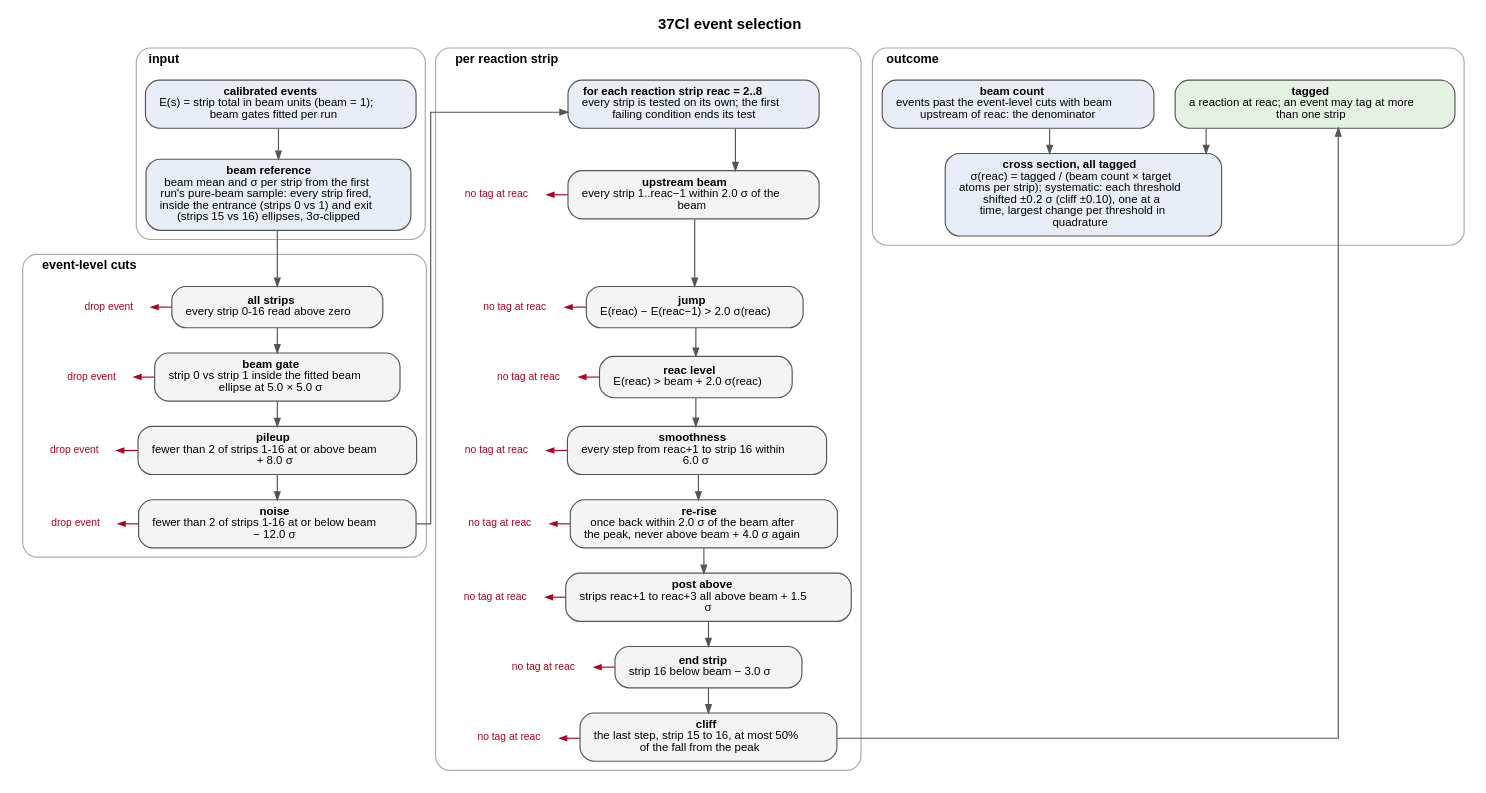
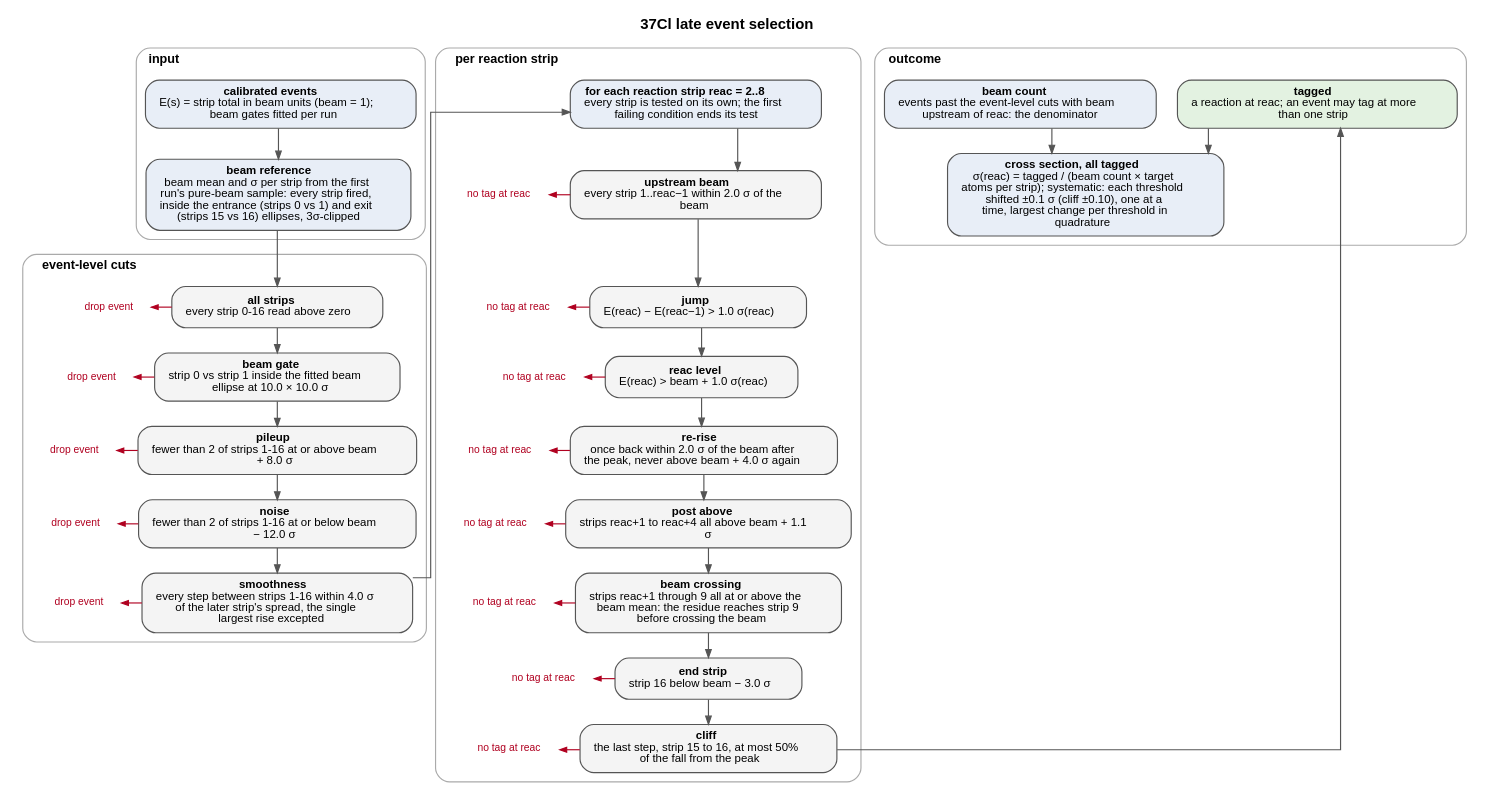
One commit to ewtodd/MUSIC changed the diagram in analysis/37Cl/plots/strip_sum_scatter/selection.dot. Above: the diagram before and after it, drawn with Graphviz. The commit also changed 27 other files, not shown here.

```diff
--- a/analysis/37Cl/plots/strip_sum_scatter/selection.dot
+++ b/analysis/37Cl/plots/strip_sum_scatter/selection.dot
@@ -1,89 +1,94 @@
 digraph selection {
-  graph [rankdir=TB, newrank=true, splines=ortho, nodesep=0.25, ranksep=0.3, fontname="Helvetica", fontsize=13, labelloc=t, label=<<B>37Cl event selection</B>>];
+  graph [rankdir=TB, newrank=true, splines=ortho, nodesep=0.25, ranksep=0.3, fontname="Helvetica", fontsize=13, labelloc=t, label=<<B>37Cl late event selection</B>>];
   node [shape=box, style="rounded,filled", fillcolor="#f4f4f4", color="#555555", fontname="Helvetica", fontsize=10, margin="0.16,0.08"];
   edge [color="#555555", fontname="Helvetica", fontsize=9, arrowsize=0.7];
   subgraph cluster_0 {
     label="input"; labeljust="l"; fontname="Helvetica-Bold"; fontsize=11; color="#aaaaaa"; style="rounded";
     events [fillcolor="#e8eef7", label=<<B>calibrated events</B><BR/>E(s) = strip total in beam units (beam = 1);<BR/>beam gates fitted per run>];
     beam_ref [fillcolor="#e8eef7", label=<<B>beam reference</B><BR/>beam mean and σ per strip from the first<BR/>run's pure-beam sample: every strip fired,<BR/>inside the entrance (strips 0 vs 1) and exit<BR/>(strips 15 vs 16) ellipses, 3σ-clipped>];
   }
   subgraph cluster_1 {
     label="event-level cuts"; labeljust="l"; fontname="Helvetica-Bold"; fontsize=11; color="#aaaaaa"; style="rounded";
     all_strips [fillcolor="#f4f4f4", label=<<B>all strips</B><BR/>every strip 0-16 read above zero>];
     rej_all_strips [shape=plaintext, style="", fontsize=9, fontcolor="#b00020", label="drop event"];
     rej_all_strips -> all_strips [dir=back, color="#b00020", arrowsize=0.6];
     {rank=same; rej_all_strips; all_strips;}
-    gate [fillcolor="#f4f4f4", label=<<B>beam gate</B><BR/>strip 0 vs strip 1 inside the fitted beam<BR/>ellipse at 5.0 × 5.0 σ>];
+    gate [fillcolor="#f4f4f4", label=<<B>beam gate</B><BR/>strip 0 vs strip 1 inside the fitted beam<BR/>ellipse at 10.0 × 10.0 σ>];
     rej_gate [shape=plaintext, style="", fontsize=9, fontcolor="#b00020", label="drop event"];
     rej_gate -> gate [dir=back, color="#b00020", arrowsize=0.6];
     {rank=same; rej_gate; gate;}
     pileup [fillcolor="#f4f4f4", label=<<B>pileup</B><BR/>fewer than 2 of strips 1-16 at or above beam<BR/>+ 8.0 σ>];
     rej_pileup [shape=plaintext, style="", fontsize=9, fontcolor="#b00020", label="drop event"];
     rej_pileup -> pileup [dir=back, color="#b00020", arrowsize=0.6];
     {rank=same; rej_pileup; pileup;}
     noise [fillcolor="#f4f4f4", label=<<B>noise</B><BR/>fewer than 2 of strips 1-16 at or below beam<BR/>− 12.0 σ>];
     rej_noise [shape=plaintext, style="", fontsize=9, fontcolor="#b00020", label="drop event"];
     rej_noise -> noise [dir=back, color="#b00020", arrowsize=0.6];
     {rank=same; rej_noise; noise;}
+    smooth [fillcolor="#f4f4f4", label=<<B>smoothness</B><BR/>every step between strips 1-16 within 4.0 σ<BR/>of the later strip's spread, the single<BR/>largest rise excepted>];
+    rej_smooth [shape=plaintext, style="", fontsize=9, fontcolor="#b00020", label="drop event"];
+    rej_smooth -> smooth [dir=back, color="#b00020", arrowsize=0.6];
+    {rank=same; rej_smooth; smooth;}
   }
   subgraph cluster_2 {
     label="per reaction strip"; labeljust="l"; fontname="Helvetica-Bold"; fontsize=11; color="#aaaaaa"; style="rounded";
     reac_loop [fillcolor="#e8eef7", label=<<B>for each reaction strip reac = 2..8</B><BR/>every strip is tested on its own; the first<BR/>failing condition ends its test>];
     upstream [fillcolor="#f4f4f4", label=<<B>upstream beam</B><BR/>every strip 1..reac−1 within 2.0 σ of the<BR/>beam>];
     rej_upstream [shape=plaintext, style="", fontsize=9, fontcolor="#b00020", label="no tag at reac"];
     rej_upstream -> upstream [dir=back, color="#b00020", arrowsize=0.6];
     {rank=same; rej_upstream; upstream;}
-    jump [fillcolor="#f4f4f4", label=<<B>jump</B><BR/>E(reac) − E(reac−1) &gt; 2.0 σ(reac)>];
+    jump [fillcolor="#f4f4f4", label=<<B>jump</B><BR/>E(reac) − E(reac−1) &gt; 1.0 σ(reac)>];
     rej_jump [shape=plaintext, style="", fontsize=9, fontcolor="#b00020", label="no tag at reac"];
     rej_jump -> jump [dir=back, color="#b00020", arrowsize=0.6];
     {rank=same; rej_jump; jump;}
-    reac_level [fillcolor="#f4f4f4", label=<<B>reac level</B><BR/>E(reac) &gt; beam + 2.0 σ(reac)>];
+    reac_level [fillcolor="#f4f4f4", label=<<B>reac level</B><BR/>E(reac) &gt; beam + 1.0 σ(reac)>];
     rej_reac_level [shape=plaintext, style="", fontsize=9, fontcolor="#b00020", label="no tag at reac"];
     rej_reac_level -> reac_level [dir=back, color="#b00020", arrowsize=0.6];
     {rank=same; rej_reac_level; reac_level;}
-    smooth [fillcolor="#f4f4f4", label=<<B>smoothness</B><BR/>every step from reac+1 to strip 16 within<BR/>6.0 σ>];
-    rej_smooth [shape=plaintext, style="", fontsize=9, fontcolor="#b00020", label="no tag at reac"];
-    rej_smooth -> smooth [dir=back, color="#b00020", arrowsize=0.6];
-    {rank=same; rej_smooth; smooth;}
     rerise [fillcolor="#f4f4f4", label=<<B>re-rise</B><BR/>once back within 2.0 σ of the beam after<BR/>the peak, never above beam + 4.0 σ again>];
     rej_rerise [shape=plaintext, style="", fontsize=9, fontcolor="#b00020", label="no tag at reac"];
     rej_rerise -> rerise [dir=back, color="#b00020", arrowsize=0.6];
     {rank=same; rej_rerise; rerise;}
-    post_above [fillcolor="#f4f4f4", label=<<B>post above</B><BR/>strips reac+1 to reac+3 all above beam + 1.5<BR/>σ>];
+    post_above [fillcolor="#f4f4f4", label=<<B>post above</B><BR/>strips reac+1 to reac+4 all above beam + 1.1<BR/>σ>];
     rej_post_above [shape=plaintext, style="", fontsize=9, fontcolor="#b00020", label="no tag at reac"];
     rej_post_above -> post_above [dir=back, color="#b00020", arrowsize=0.6];
     {rank=same; rej_post_above; post_above;}
+    cross [fillcolor="#f4f4f4", label=<<B>beam crossing</B><BR/>strips reac+1 through 9 all at or above the<BR/>beam mean: the residue reaches strip 9<BR/>before crossing the beam>];
+    rej_cross [shape=plaintext, style="", fontsize=9, fontcolor="#b00020", label="no tag at reac"];
+    rej_cross -> cross [dir=back, color="#b00020", arrowsize=0.6];
+    {rank=same; rej_cross; cross;}
     last_strip [fillcolor="#f4f4f4", label=<<B>end strip</B><BR/>strip 16 below beam − 3.0 σ>];
     rej_last_strip [shape=plaintext, style="", fontsize=9, fontcolor="#b00020", label="no tag at reac"];
     rej_last_strip -> last_strip [dir=back, color="#b00020", arrowsize=0.6];
     {rank=same; rej_last_strip; last_strip;}
     cliff [fillcolor="#f4f4f4", label=<<B>cliff</B><BR/>the last step, strip 15 to 16, at most 50%<BR/>of the fall from the peak>];
     rej_cliff [shape=plaintext, style="", fontsize=9, fontcolor="#b00020", label="no tag at reac"];
     rej_cliff -> cliff [dir=back, color="#b00020", arrowsize=0.6];
     {rank=same; rej_cliff; cliff;}
   }
   subgraph cluster_3 {
     label="outcome"; labeljust="l"; fontname="Helvetica-Bold"; fontsize=11; color="#aaaaaa"; style="rounded";
     tagged [fillcolor="#e3f2e1", label=<<B>tagged</B><BR/>a reaction at reac; an event may tag at more<BR/>than one strip>];
     n_beam [fillcolor="#e8eef7", label=<<B>beam count</B><BR/>events past the event-level cuts with beam<BR/>upstream of reac: the denominator>];
-    xs [fillcolor="#e8eef7", label=<<B>cross section, all tagged</B><BR/>σ(reac) = tagged / (beam count × target<BR/>atoms per strip); systematic: each threshold<BR/>shifted ±0.2 σ (cliff ±0.10), one at a<BR/>time, largest change per threshold in<BR/>quadrature>];
+    xs [fillcolor="#e8eef7", label=<<B>cross section, all tagged</B><BR/>σ(reac) = tagged / (beam count × target<BR/>atoms per strip); systematic: each threshold<BR/>shifted ±0.1 σ (cliff ±0.10), one at a<BR/>time, largest change per threshold in<BR/>quadrature>];
   }
   {rank=same; events -> reac_loop -> tagged [style=invis];}
   events -> beam_ref;
   beam_ref -> all_strips;
   all_strips -> gate;
   gate -> pileup;
   pileup -> noise;
-  noise -> reac_loop [constraint=false];
+  noise -> smooth;
+  smooth -> reac_loop [constraint=false];
   reac_loop -> upstream;
   upstream -> jump;
   jump -> reac_level;
-  reac_level -> smooth;
-  smooth -> rerise;
+  reac_level -> rerise;
   rerise -> post_above;
-  post_above -> last_strip;
+  post_above -> cross;
+  cross -> last_strip;
   last_strip -> cliff;
   cliff -> tagged [constraint=false];
   tagged -> xs;
   n_beam -> xs;
 }
```
